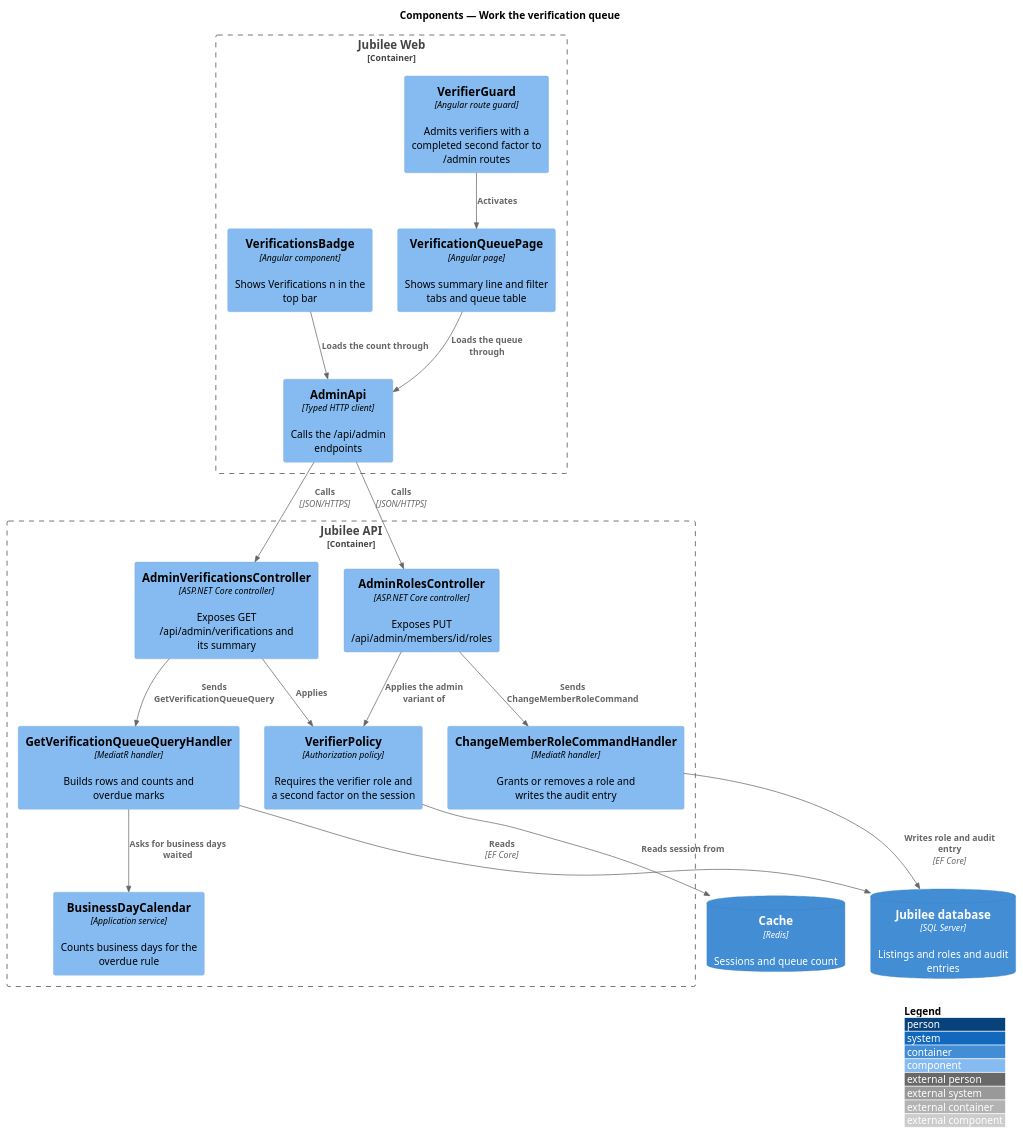
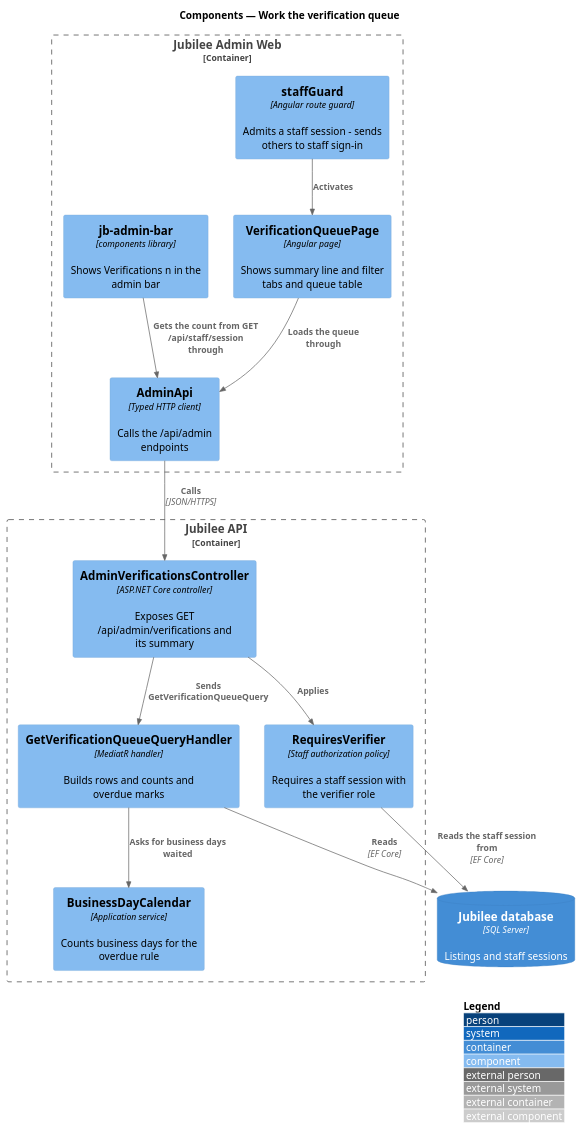
The diagram in docs/detailed-designs/verification/work-verification-queue/diagrams/c4-component.puml (QuinntyneBrown/jubilee), drawn with PlantUML before and after one commit. The commit also changed 84 other files, not shown here.

```diff
--- a/docs/detailed-designs/verification/work-verification-queue/diagrams/c4-component.puml
+++ b/docs/detailed-designs/verification/work-verification-queue/diagrams/c4-component.puml
@@ -1,35 +1,28 @@
 @startuml
 !include <C4/C4_Component>
 LAYOUT_WITH_LEGEND()
 title Components — Work the verification queue
-Container_Boundary(web, "Jubilee Web") {
-  Component(guard, "VerifierGuard", "Angular route guard", "Admits verifiers with a completed second factor to /admin routes")
+Container_Boundary(web, "Jubilee Admin Web") {
+  Component(guard, "staffGuard", "Angular route guard", "Admits a staff session - sends others to staff sign-in")
   Component(page, "VerificationQueuePage", "Angular page", "Shows summary line and filter tabs and queue table")
-  Component(badge, "VerificationsBadge", "Angular component", "Shows Verifications n in the top bar")
+  Component(badge, "jb-admin-bar", "components library", "Shows Verifications n in the admin bar")
   Component(client, "AdminApi", "Typed HTTP client", "Calls the /api/admin endpoints")
 }
 Container_Boundary(api, "Jubilee API") {
   Component(ctrl, "AdminVerificationsController", "ASP.NET Core controller", "Exposes GET /api/admin/verifications and its summary")
-  Component(roles, "AdminRolesController", "ASP.NET Core controller", "Exposes PUT /api/admin/members/id/roles")
-  Component(policy, "VerifierPolicy", "Authorization policy", "Requires the verifier role and a second factor on the session")
+  Component(policy, "RequiresVerifier", "Staff authorization policy", "Requires a staff session with the verifier role")
   Component(qh, "GetVerificationQueueQueryHandler", "MediatR handler", "Builds rows and counts and overdue marks")
-  Component(rh, "ChangeMemberRoleCommandHandler", "MediatR handler", "Grants or removes a role and writes the audit entry")
   Component(cal, "BusinessDayCalendar", "Application service", "Counts business days for the overdue rule")
 }
-ContainerDb(db, "Jubilee database", "SQL Server", "Listings and roles and audit entries")
-ContainerDb(cache, "Cache", "Redis", "Sessions and queue count")
+ContainerDb(db, "Jubilee database", "SQL Server", "Listings and staff sessions")
 
 Rel(guard, page, "Activates")
 Rel(page, client, "Loads the queue through")
-Rel(badge, client, "Loads the count through")
+Rel(badge, client, "Gets the count from GET /api/staff/session through")
 Rel(client, ctrl, "Calls", "JSON/HTTPS")
-Rel(client, roles, "Calls", "JSON/HTTPS")
 Rel(ctrl, policy, "Applies")
-Rel(roles, policy, "Applies the admin variant of")
-Rel(policy, cache, "Reads session from")
+Rel(policy, db, "Reads the staff session from", "EF Core")
 Rel(ctrl, qh, "Sends GetVerificationQueueQuery")
-Rel(roles, rh, "Sends ChangeMemberRoleCommand")
 Rel(qh, cal, "Asks for business days waited")
 Rel(qh, db, "Reads", "EF Core")
-Rel(rh, db, "Writes role and audit entry", "EF Core")
 @enduml
```
